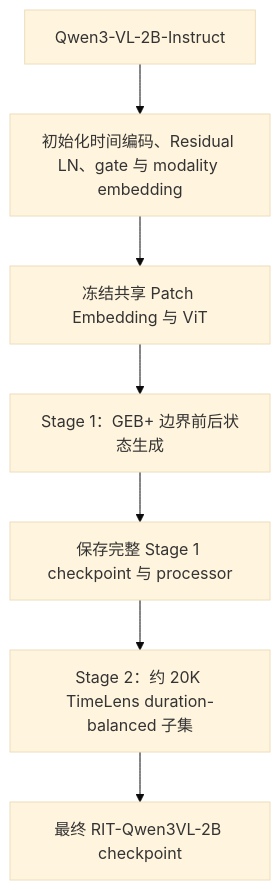
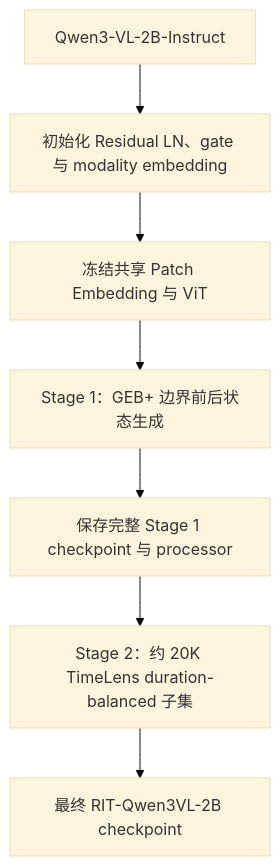
One commit to yiqiu0215/TimeLoc changed the second of 2 diagrams in ideas_docs/residual_interleaved_temporal_tokens/design.md. Above: the diagram before and after it, drawn with Mermaid (base theme). The commit also changed other lines of this file and 7 other files, not shown here.

````diff
--- a/ideas_docs/residual_interleaved_temporal_tokens/design.md
+++ b/ideas_docs/residual_interleaved_temporal_tokens/design.md
@@ -410,9 +377,9 @@
 ```mermaid
 flowchart TD
-    BASE["Qwen3-VL-2B-Instruct"] --> NEW["初始化时间编码、Residual LN、gate 与 modality embedding"]
+    BASE["Qwen3-VL-2B-Instruct"] --> NEW["初始化 Residual LN、gate 与 modality embedding"]
     NEW --> FREEZE["冻结共享 Patch Embedding 与 ViT"]
     FREEZE --> S1["Stage 1：GEB+ 边界前后状态生成"]
     S1 --> CKPT["保存完整 Stage 1 checkpoint 与 processor"]
     CKPT --> S2["Stage 2：约 20K TimeLens duration-balanced 子集"]
     S2 --> FINAL["最终 RIT-Qwen3VL-2B checkpoint"]
 ```
````
